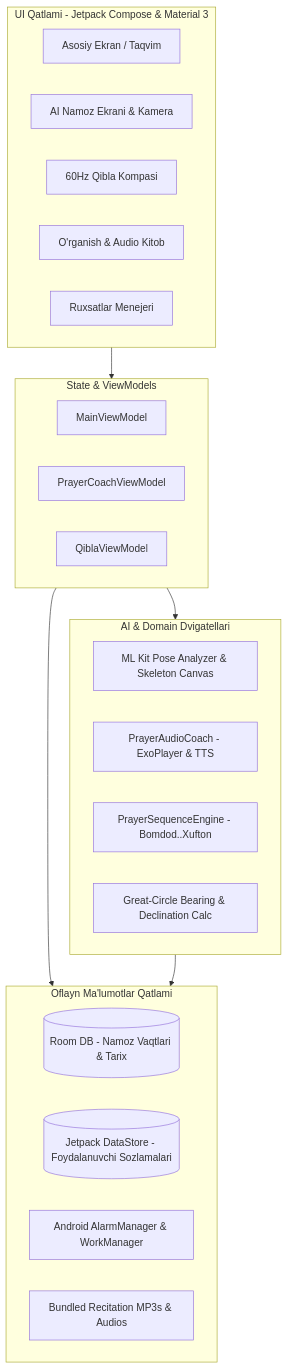
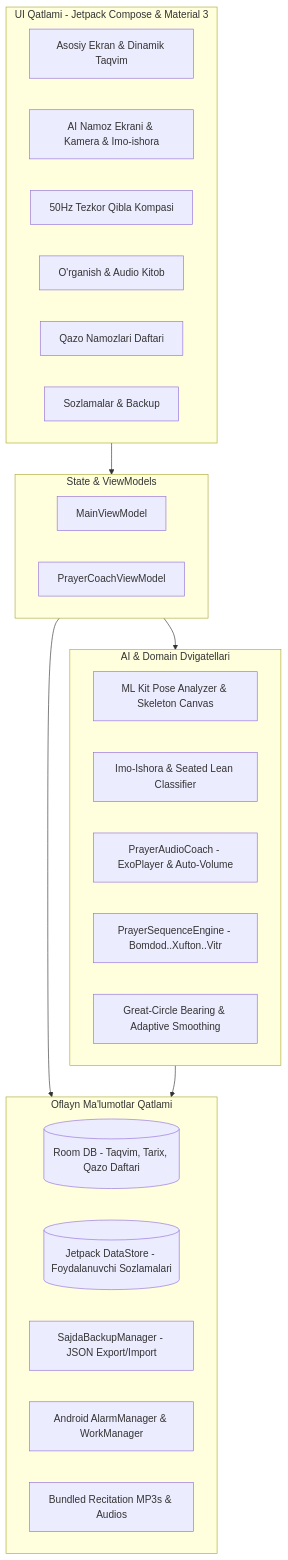
One commit to jaskarov/Sajda-AI changed the diagram in README.md. Above: the diagram before and after it, drawn with Mermaid. The commit also changed other lines of this file and 2 other files, not shown here.

Commit message:
docs: update README to Namoz Ustoz AI and finalize v1.3.0-beta release

````diff
--- a/README.md
+++ b/README.md
@@ -82,35 +94,37 @@
 ```mermaid
 flowchart TD
     subgraph UI_Layer [UI Qatlami - Jetpack Compose & Material 3]
-        MainScreen[Asosiy Ekran / Taqvim]
-        ActivePrayer[AI Namoz Ekrani & Kamera]
-        QiblaScreen[60Hz Qibla Kompasi]
+        MainScreen[Asosiy Ekran & Dinamik Taqvim]
+        ActivePrayer[AI Namoz Ekrani & Kamera & Imo-ishora]
+        QiblaScreen[50Hz Tezkor Qibla Kompasi]
         LearnScreen[O'rganish & Audio Kitob]
-        PermissionsScreen[Ruxsatlar Menejeri]
+        QazoScreen[Qazo Namozlari Daftari]
+        SettingsScreen[Sozlamalar & Backup]
     end
 
     subgraph State_Management [State & ViewModels]
         MainVM[MainViewModel]
         PrayerCoachVM[PrayerCoachViewModel]
-        QiblaVM[QiblaViewModel]
     end
 
     subgraph Core_Engines [AI & Domain Dvigatellari]
         PoseEngine[ML Kit Pose Analyzer & Skeleton Canvas]
-        AudioCoach[PrayerAudioCoach - ExoPlayer & TTS]
-        PrayerSeq[PrayerSequenceEngine - Bomdod..Xufton]
-        QiblaMath[Great-Circle Bearing & Declination Calc]
+        SeatedEngine[Imo-Ishora & Seated Lean Classifier]
+        AudioCoach[PrayerAudioCoach - ExoPlayer & Auto-Volume]
+        PrayerSeq[PrayerSequenceEngine - Bomdod..Xufton..Vitr]
+        QiblaMath[Great-Circle Bearing & Adaptive Smoothing]
     end
 
     subgraph Data_Layer [Oflayn Ma'lumotlar Qatlami]
-        RoomDB[(Room DB - Namoz Vaqtlari & Tarix)]
+        RoomDB[(Room DB - Taqvim, Tarix, Qazo Daftari)]
         DataStore[(Jetpack DataStore - Foydalanuvchi Sozlamalari)]
+        BackupMgr[SajdaBackupManager - JSON Export/Import]
         AlarmMgr[Android AlarmManager & WorkManager]
         RawAssets[Bundled Recitation MP3s & Audios]
     end
 
     UI_Layer --> State_Management
     State_Management --> Core_Engines
     State_Management --> Data_Layer
     Core_Engines --> Data_Layer
 ```
````
